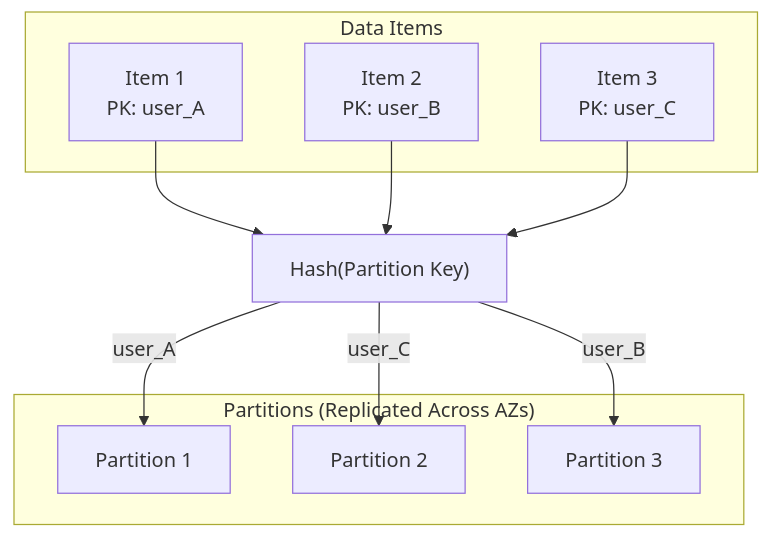
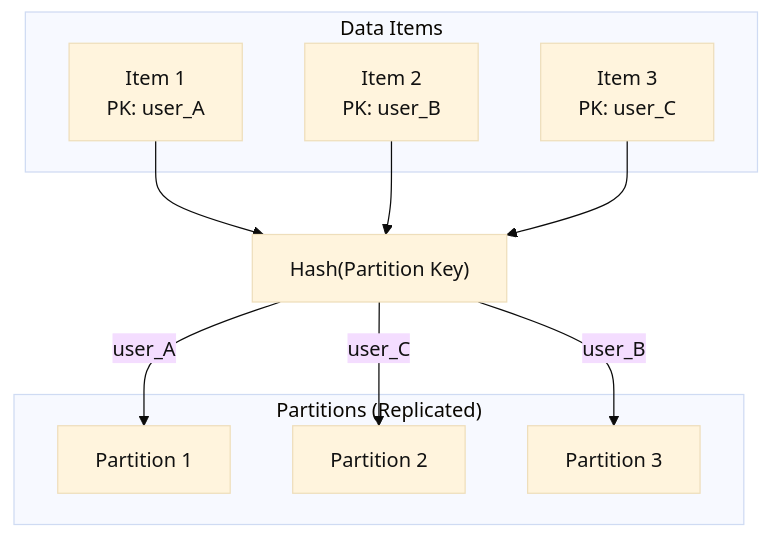
One commit to andomeder/dynamodb changed the second of 3 diagrams in slides.md. Above: the diagram before and after it, drawn with Mermaid. The commit also changed other lines of this file, not shown here.

````diff
--- a/slides.md
+++ b/slides.md
@@ -285,24 +335,21 @@
 ```mermaid
+%%{ init: { "theme": "base", "themeVariables": { "primaryTextColor": "#111" } } }%%
 graph TD
-    subgraph "Data Items"
-        A[Item 1<br><span class='opacity-50'>PK: user_A</span>]
-        B[Item 2<br><span class='opacity-50'>PK: user_B</span>]
-        C[Item 3<br><span class='opacity-50'>PK: user_C</span>]
+    subgraph Data Items
+        A["Item 1<br><span class='opacity-50'>PK: user_A</span>"]
+        B["Item 2<br><span class='opacity-50'>PK: user_B</span>"]
+        C["Item 3<br><span class='opacity-50'>PK: user_C</span>"]
     end
     
     Hash["Hash(Partition Key)"]
     
-    A --> Hash
-    B --> Hash
-    C --> Hash
+    A --> Hash; B --> Hash; C --> Hash;
     
-    subgraph "Partitions (Replicated Across AZs)"
+    subgraph "Partitions (Replicated)"
         P1[Partition 1]
         P2[Partition 2]
         P3[Partition 3]
     end
     
-    Hash -- "user_A" --> P1
-    Hash -- "user_B" --> P3
-    Hash -- "user_C" --> P2
+    Hash -- "user_A" --> P1; Hash -- "user_B" --> P3; Hash -- "user_C" --> P2;
 ```
````
